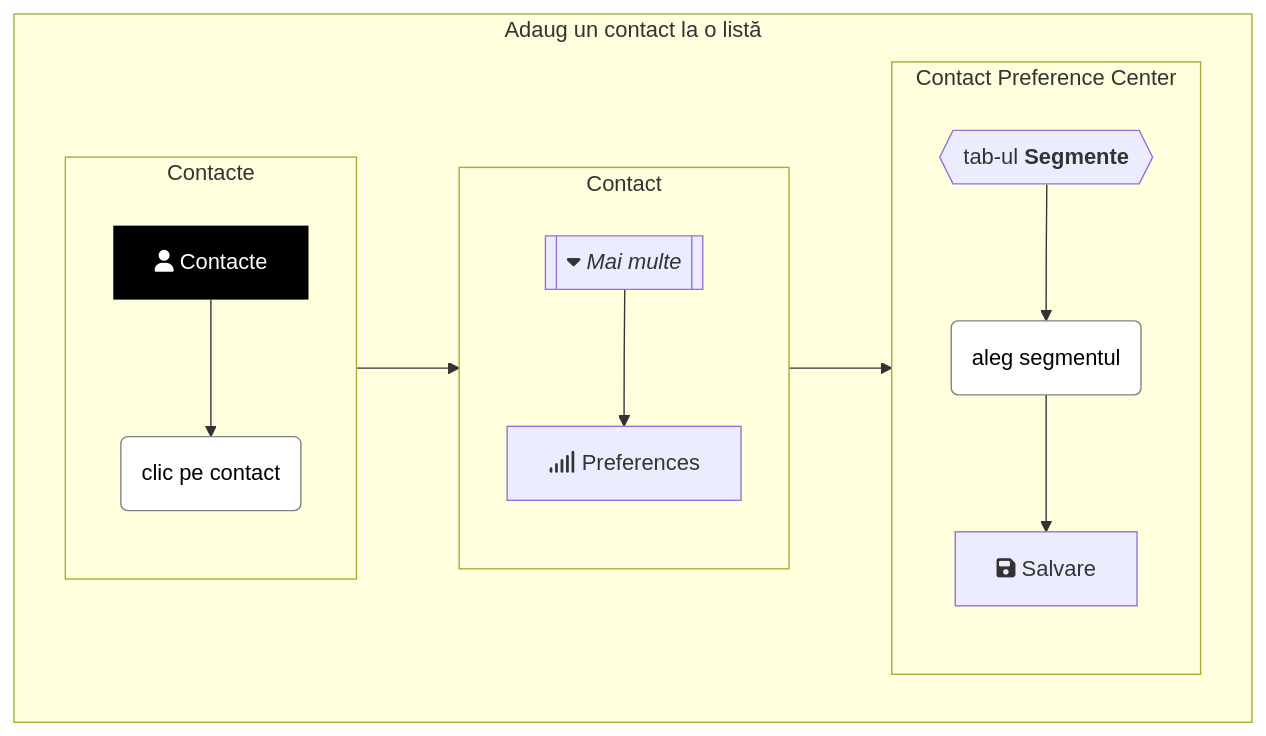
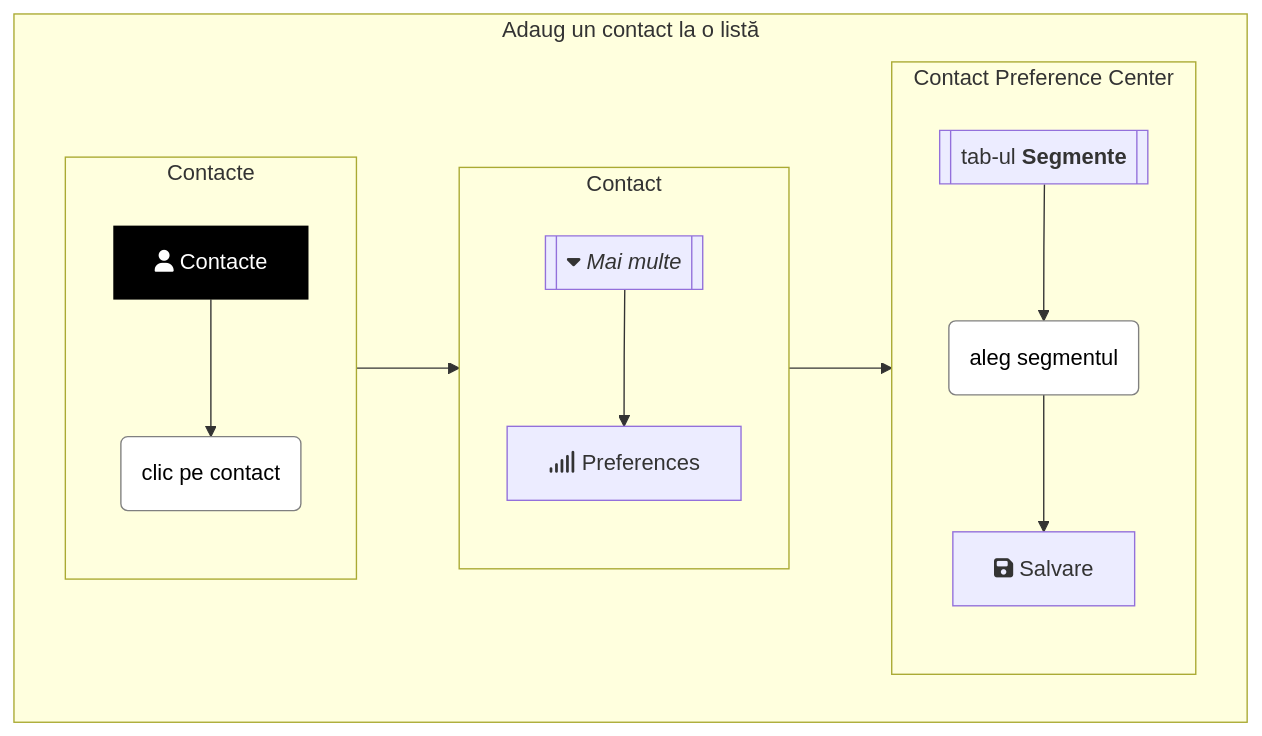
The first of 3 diagrams in _posts/2024-03-06-contacte-adaug-in-segment.md (IonutOjicaDE/IonutOjicaDE.github.io), drawn with Mermaid before and after one commit.

Commit message:
corectat {{ in [[ din mermaid

````diff
--- a/_posts/2024-03-06-contacte-adaug-in-segment.md
+++ b/_posts/2024-03-06-contacte-adaug-in-segment.md
@@ -22,28 +22,28 @@
 ```mermaid
 flowchart LR
   subgraph Adaug un contact la o listă
     direction LR
     subgraph Contacte
       direction TB
       A[fas:fa-user Contacte] --> B(clic pe contact)
     end
 
     subgraph Contact
       direction TB
       C[["`fas:fa-caret-down _Mai multe_`"]] --> D[fas:fa-signal Preferences]
     end
 
     subgraph Preferences[Contact Preference Center]
       direction TB
-      E{{"`tab-ul **Segmente**`"}} --> F(aleg segmentul)
+      E[["`tab-ul **Segmente**`"]] --> F(aleg segmentul)
       F --> G[fas:fa-save Salvare]
     end
 
     Contacte --> Contact
     Contact --> Preferences
   end
 
   style A fill:black,color:white,stroke-width:0
   classDef alb fill:white,color:black,stroke:grey
   class B,F alb
 ```
````
